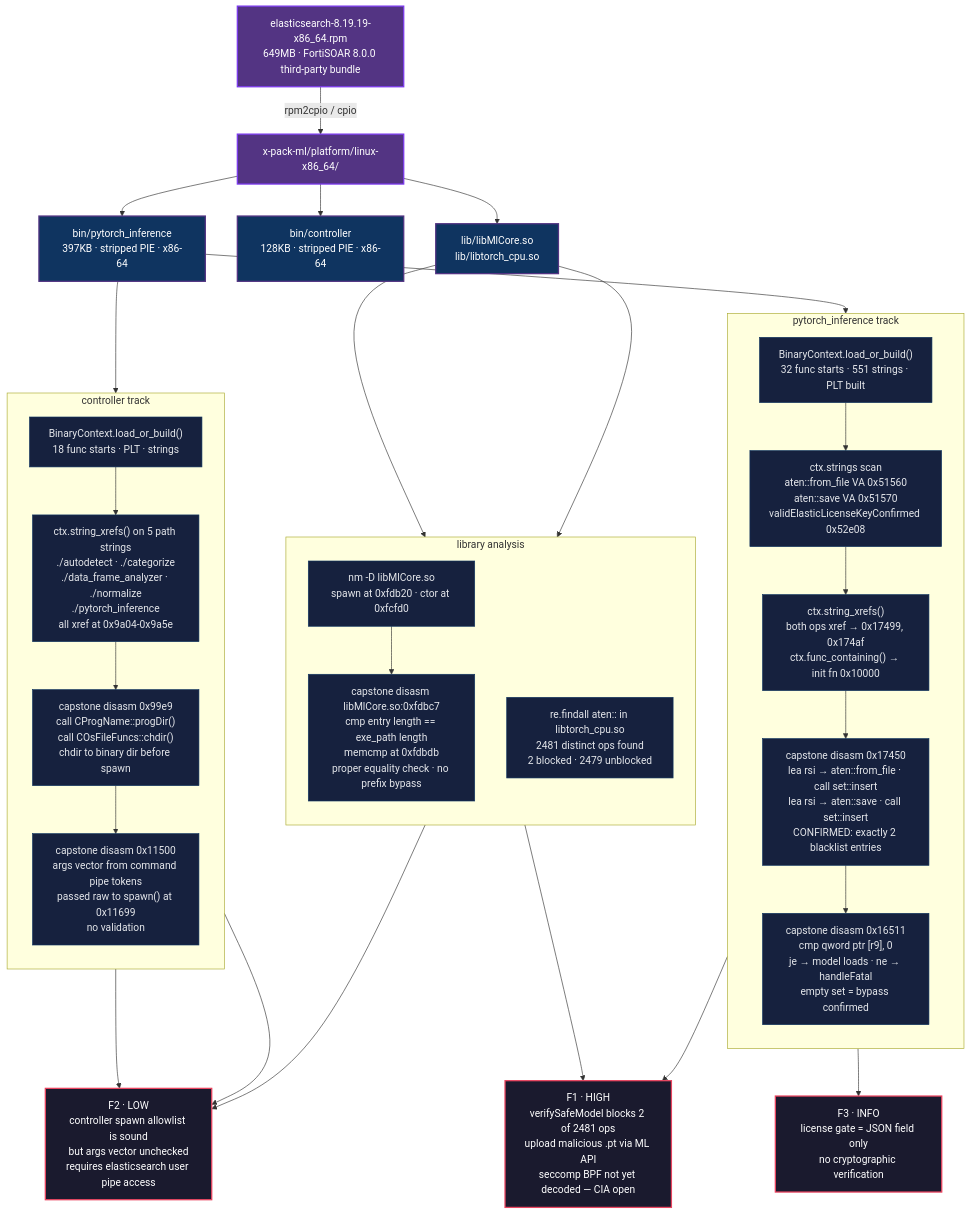
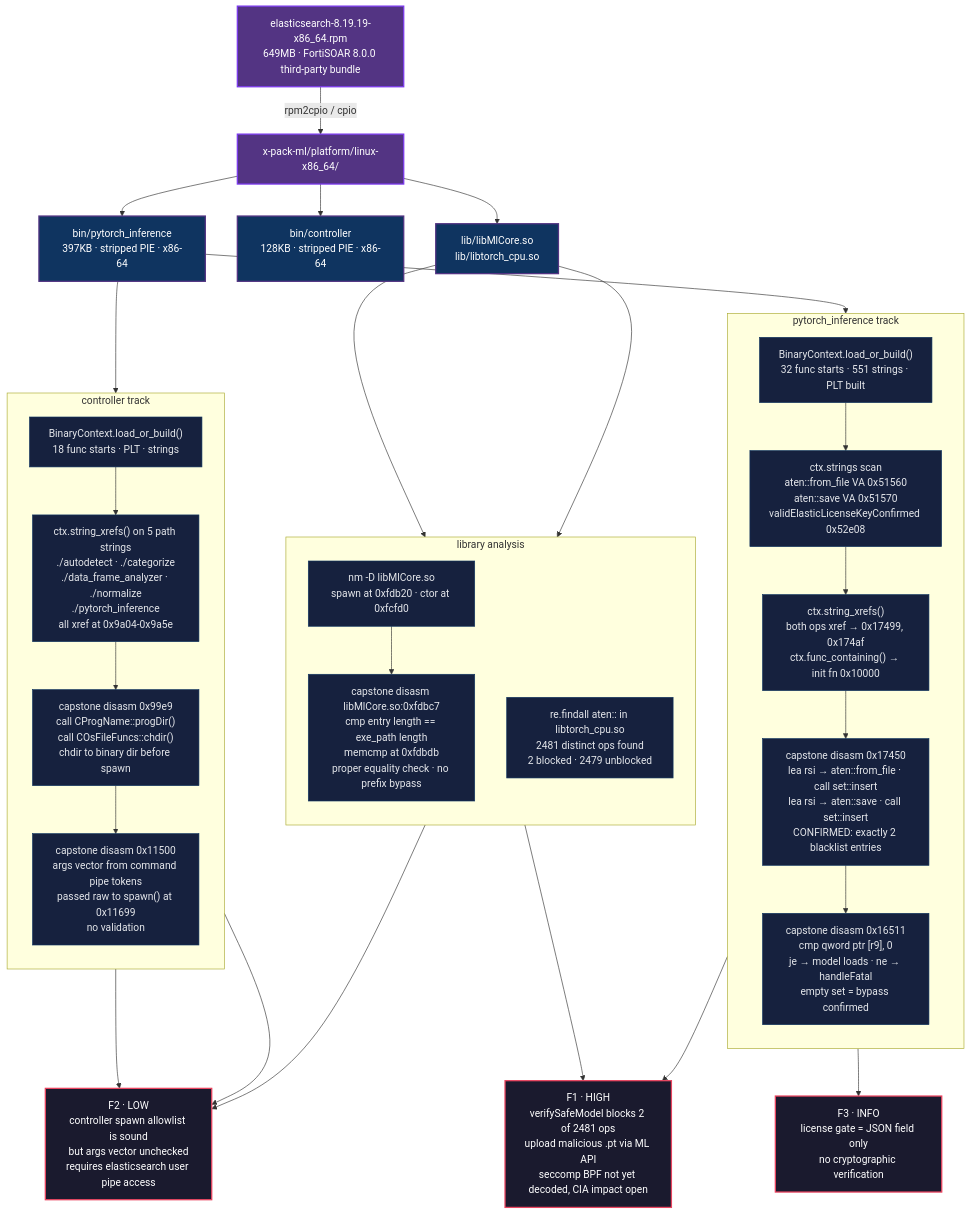
Before and after one commit to Ablation-Tool/ablation: the fourth of 4 diagrams in README.md, drawn with Mermaid.

````diff
--- a/README.md
+++ b/README.md
@@ -152,59 +152,59 @@
 ```mermaid
 flowchart TD
     RPM["elasticsearch-8.19.19-x86_64.rpm<br/>649MB · FortiSOAR 8.0.0 third-party bundle"]
 
     RPM -->|rpm2cpio / cpio| EXTRACT["x-pack-ml/platform/linux-x86_64/"]
 
     EXTRACT --> PI["bin/pytorch_inference<br/>397KB · stripped PIE · x86-64"]
     EXTRACT --> CTRL["bin/controller<br/>128KB · stripped PIE · x86-64"]
     EXTRACT --> LIBS["lib/libMlCore.so<br/>lib/libtorch_cpu.so"]
 
     subgraph TRACK_PI ["pytorch_inference track"]
         direction TB
         BCI["BinaryContext.load_or_build()<br/>32 func starts · 551 strings · PLT built"]
         BCI --> SS["ctx.strings scan<br/>aten::from_file VA 0x51560<br/>aten::save VA 0x51570<br/>validElasticLicenseKeyConfirmed 0x52e08"]
         SS --> XREF["ctx.string_xrefs()<br/>both ops xref → 0x17499, 0x174af<br/>ctx.func_containing() → init fn 0x10000"]
         XREF --> DA1["capstone disasm 0x17450<br/>lea rsi → aten::from_file · call set::insert<br/>lea rsi → aten::save · call set::insert<br/>CONFIRMED: exactly 2 blacklist entries"]
         DA1 --> DA2["capstone disasm 0x16511<br/>cmp qword ptr [r9], 0<br/>je → model loads · ne → handleFatal<br/>empty set = bypass confirmed"]
     end
 
     subgraph TRACK_LIBS ["library analysis"]
         direction TB
         NM["nm -D libMlCore.so<br/>spawn at 0xfdb20 · ctor at 0xfcfd0"]
         NM --> DA3["capstone disasm libMlCore.so:0xfdbc7<br/>cmp entry length == exe_path length<br/>memcmp at 0xfdbdb<br/>proper equality check · no prefix bypass"]
         LSCAN["re.findall aten:: in libtorch_cpu.so<br/>2481 distinct ops found<br/>2 blocked · 2479 unblocked"]
     end
 
     subgraph TRACK_CTRL ["controller track"]
         direction TB
         BCC["BinaryContext.load_or_build()<br/>18 func starts · PLT · strings"]
         BCC --> XREF2["ctx.string_xrefs() on 5 path strings<br/>./autodetect · ./categorize<br/>./data_frame_analyzer · ./normalize<br/>./pytorch_inference<br/>all xref at 0x9a04-0x9a5e"]
         XREF2 --> DA4["capstone disasm 0x99e9<br/>call CProgName::progDir()<br/>call COsFileFuncs::chdir()<br/>chdir to binary dir before spawn"]
         DA4 --> DA5["capstone disasm 0x11500<br/>args vector from command pipe tokens<br/>passed raw to spawn() at 0x11699<br/>no validation"]
     end
 
     PI --> BCI
     PI --> BCC
     LIBS --> NM
     LIBS --> LSCAN
 
     DA2 --> F1
-    LSCAN --> F1["F1 · HIGH<br/>verifySafeModel blocks 2 of 2481 ops<br/>upload malicious .pt via ML API<br/>seccomp BPF not yet decoded — CIA open"]
+    LSCAN --> F1["F1 · HIGH<br/>verifySafeModel blocks 2 of 2481 ops<br/>upload malicious .pt via ML API<br/>seccomp BPF not yet decoded, CIA impact open"]
 
     DA3 --> F2
     XREF2 --> F2["F2 · LOW<br/>controller spawn allowlist is sound<br/>but args vector unchecked<br/>requires elasticsearch user pipe access"]
 
     DA5 --> F2
 
     SS --> F3["F3 · INFO<br/>license gate = JSON field only<br/>no cryptographic verification"]
 
     classDef finding fill:#1a1a2e,stroke:#e94560,stroke-width:2px,color:#fff
     classDef tool fill:#16213e,stroke:#0f3460,stroke-width:1px,color:#e5e7eb
     classDef binary fill:#0f3460,stroke:#533483,stroke-width:2px,color:#fff
     classDef input fill:#533483,stroke:#7c3aed,stroke-width:2px,color:#fff
 
     class F1,F2,F3 finding
     class BCI,BCC,NM,LSCAN,SS,XREF,XREF2,DA1,DA2,DA3,DA4,DA5 tool
     class PI,CTRL,LIBS binary
     class RPM,EXTRACT input
 ```
````
